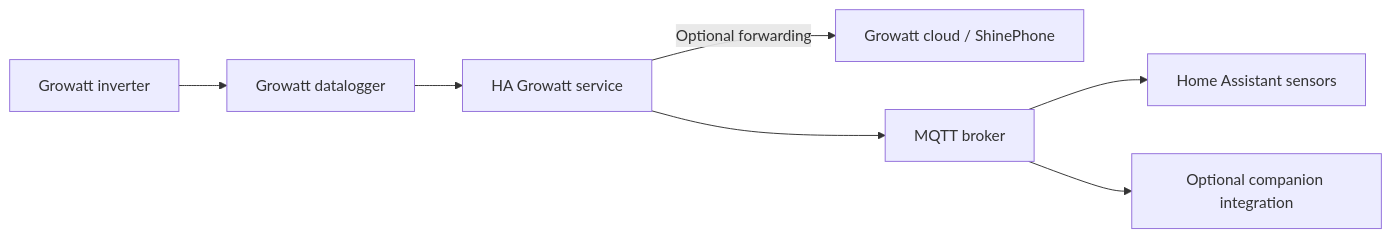
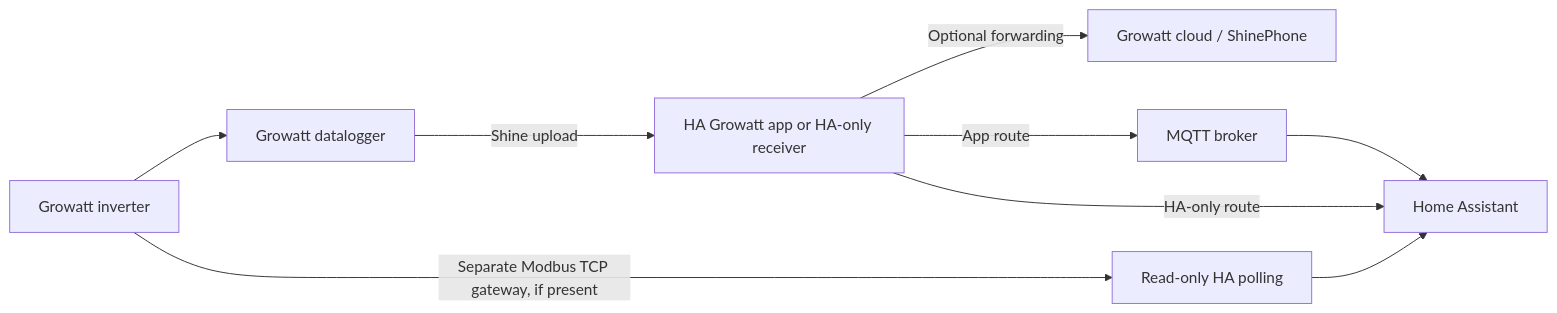
The diagram in README.md (Herbertmt978/HA-Growatt), drawn with Mermaid before and after one commit. The commit also changed other lines of this file and 43 other files, not shown here.

Commit message:
Add native Shine controls and read-only Modbus polling

```diff
--- a/README.md
+++ b/README.md
@@ -145,9 +165,11 @@
 ~~~mermaid
 flowchart LR
     Inverter[Growatt inverter] --> Logger[Growatt datalogger]
-    Logger --> App[HA Growatt service]
-    App -->|Optional forwarding| Cloud[Growatt cloud / ShinePhone]
-    App --> MQTT[MQTT broker]
-    MQTT --> HA[Home Assistant sensors]
-    MQTT --> Companion[Optional companion integration]
+    Logger -->|Shine upload| Receiver[HA Growatt app or HA-only receiver]
+    Receiver -->|Optional forwarding| Cloud[Growatt cloud / ShinePhone]
+    Receiver -->|App route| MQTT[MQTT broker]
+    MQTT --> HA[Home Assistant]
+    Receiver -->|HA-only route| HA
+    Inverter -->|Separate Modbus TCP gateway, if present| Modbus[Read-only HA polling]
+    Modbus --> HA
 ~~~
```
